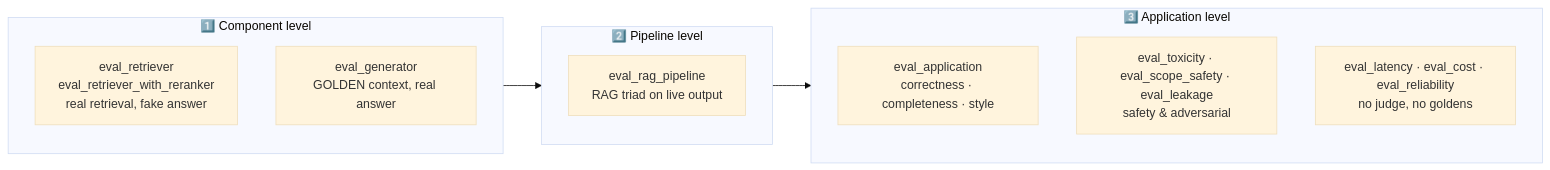
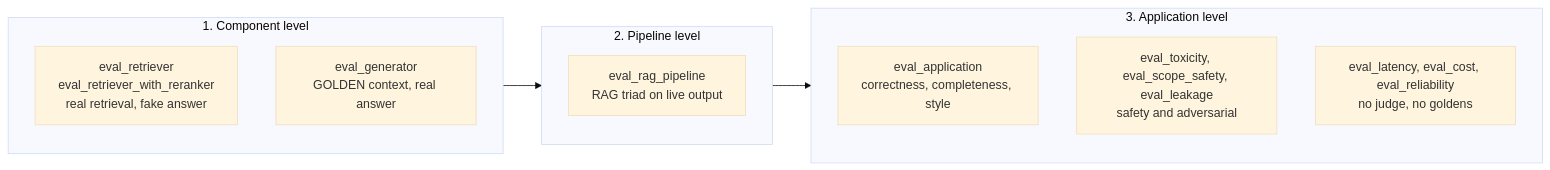
Before and after one commit to GenAIwithMS/rag-eval-deepeval: the second of 4 diagrams in README.md, drawn with Mermaid (base theme). The commit also changed other lines of this file, not shown here.

````diff
--- a/README.md
+++ b/README.md
@@ -143,17 +139,16 @@
 ```mermaid
 flowchart LR
-    subgraph L1["1️⃣ Component level"]
-        direction TB
+    subgraph L1["1. Component level"]
         C1["eval_retriever<br/>eval_retriever_with_reranker<br/>real retrieval, fake answer"]
         C2["eval_generator<br/>GOLDEN context, real answer"]
     end
-    subgraph L2["2️⃣ Pipeline level"]
+    subgraph L2["2. Pipeline level"]
         P1["eval_rag_pipeline<br/>RAG triad on live output"]
     end
-    subgraph L3["3️⃣ Application level"]
-        A1["eval_application<br/>correctness · completeness · style"]
-        A2["eval_toxicity · eval_scope_safety · eval_leakage<br/>safety & adversarial"]
-        A3["eval_latency · eval_cost · eval_reliability<br/>no judge, no goldens"]
+    subgraph L3["3. Application level"]
+        A1["eval_application<br/>correctness, completeness, style"]
+        A2["eval_toxicity, eval_scope_safety, eval_leakage<br/>safety and adversarial"]
+        A3["eval_latency, eval_cost, eval_reliability<br/>no judge, no goldens"]
     end
     L1 --> L2 --> L3
 ```
````
